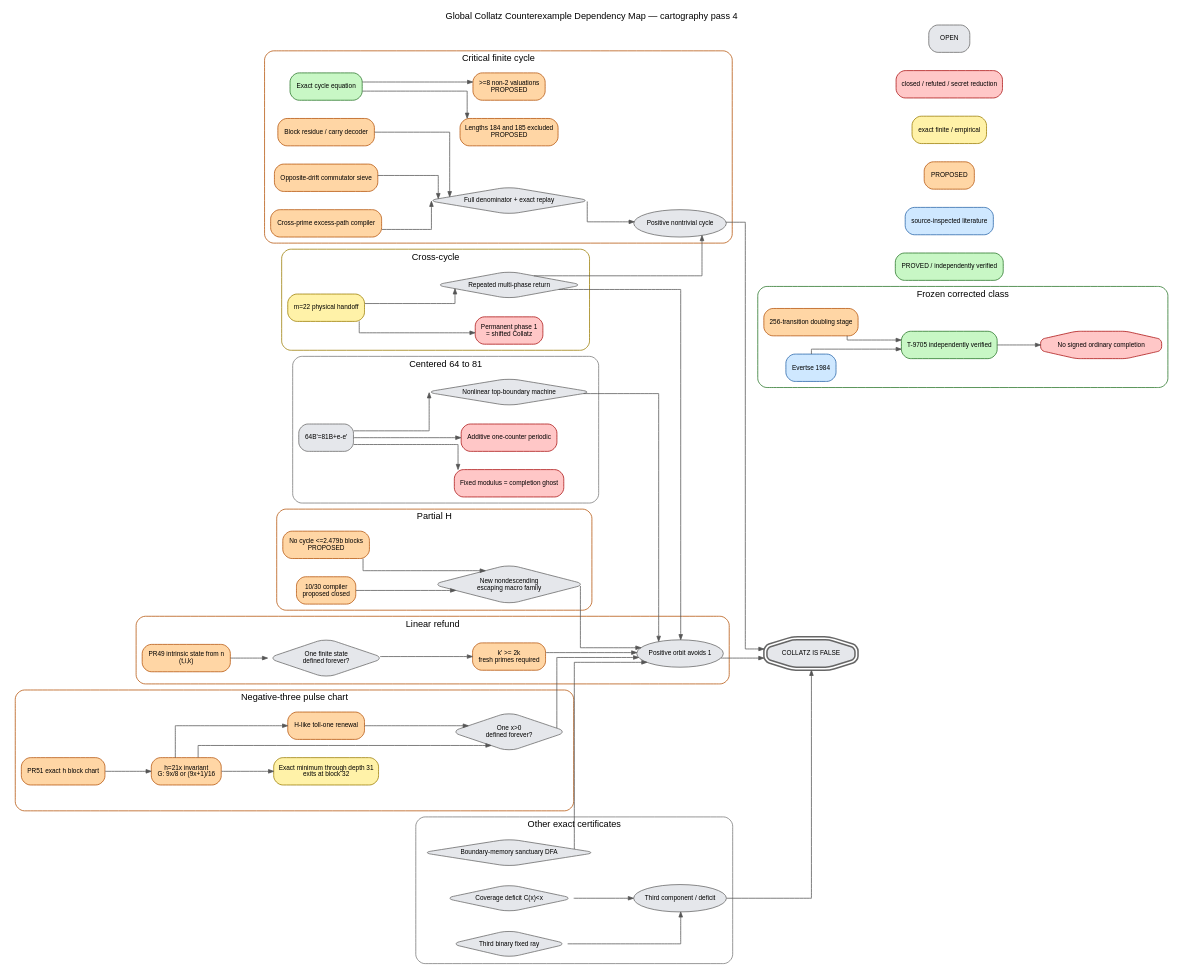
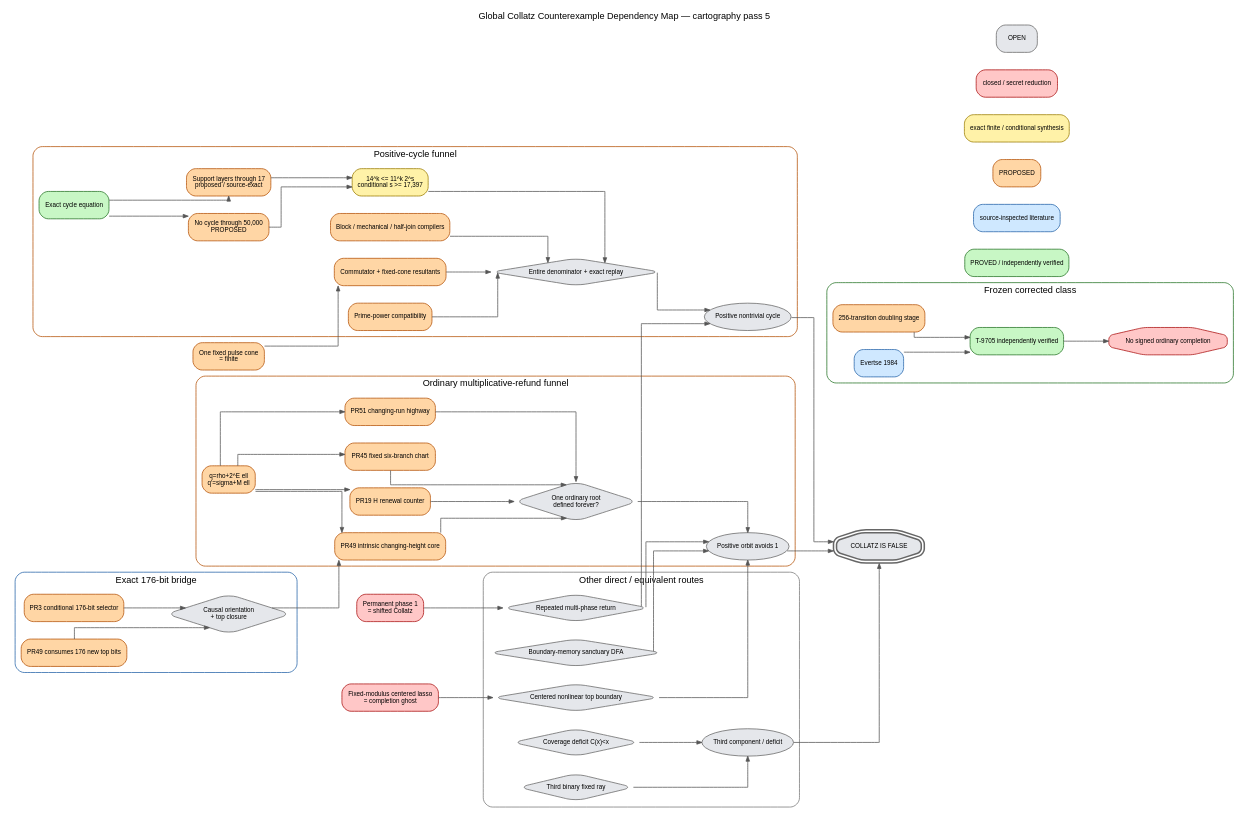
The diagram in docs/global-counterexample-map.dot (GettysburgResearch/collatz), drawn with Graphviz before and after one commit.

Commit message:
docs: redraw global Graphviz map for pass 5

```diff
--- a/docs/global-counterexample-map.dot
+++ b/docs/global-counterexample-map.dot
@@ -1,94 +1,79 @@
-digraph CollatzPass4 {
+digraph CollatzPass5 {
   graph [rankdir=LR, bgcolor="white", fontname="Arial", fontsize=12, labelloc="t",
-         label="Global Collatz Counterexample Dependency Map — cartography pass 4",
-         nodesep=0.33, ranksep=0.68, compound=true, splines=ortho];
-  node [shape=box, style="rounded,filled", fontname="Arial", fontsize=8.5,
+         label="Global Collatz Counterexample Dependency Map — cartography pass 5",
+         nodesep=0.32, ranksep=0.72, compound=true, splines=ortho];
+  node [shape=box, style="rounded,filled", fontname="Arial", fontsize=8.3,
         margin="0.11,0.06", color="#666666", fillcolor="#e5e7eb"];
-  edge [fontname="Arial", fontsize=7.5, color="#555555", arrowsize=0.68];
+  edge [fontname="Arial", fontsize=7.3, color="#555555", arrowsize=0.67];
 
   false [label="COLLATZ IS FALSE", shape=doubleoctagon, penwidth=2];
   cycle [label="Positive nontrivial cycle", shape=oval];
   div [label="Positive orbit avoids 1", shape=oval];
   third [label="Third component / deficit", shape=oval];
   cycle -> false; div -> false; third -> false;
 
   subgraph cluster_cycle {
-    label="Critical finite cycle"; color="#b45309"; style="rounded";
+    label="Positive-cycle funnel"; color="#b45309"; style="rounded";
     ceq [label="Exact cycle equation", fillcolor="#c8f7c5", color="#267326"];
-    front [label="Lengths 184 and 185 excluded\nPROPOSED", fillcolor="#ffd6a5", color="#b45309"];
-    support [label=">=8 non-2 valuations\nPROPOSED", fillcolor="#ffd6a5", color="#b45309"];
-    block [label="Block residue / carry decoder", fillcolor="#ffd6a5", color="#b45309"];
-    comm [label="Opposite-drift commutator sieve", fillcolor="#ffd6a5", color="#b45309"];
-    prime [label="Cross-prime excess-path compiler", fillcolor="#ffd6a5", color="#b45309"];
-    full [label="Full denominator + exact replay", shape=diamond];
-    ceq -> front; ceq -> support; block -> full; comm -> full; prime -> full; full -> cycle;
+    len [label="No cycle through 50,000\nPROPOSED", fillcolor="#ffd6a5", color="#b45309"];
+    support [label="Support layers through 17\nproposed / source-exact", fillcolor="#ffd6a5", color="#b45309"];
+    bridge [label="14^k <= 11^k 2^s\nconditional s >= 17,397", fillcolor="#fff2a8", color="#9a7b00"];
+    comp [label="Block / mechanical / half-join compilers", fillcolor="#ffd6a5", color="#b45309"];
+    cap [label="Commutator + fixed-cone resultants", fillcolor="#ffd6a5", color="#b45309"];
+    prime [label="Prime-power compatibility", fillcolor="#ffd6a5", color="#b45309"];
+    full [label="Entire denominator + exact replay", shape=diamond];
+    ceq -> len -> bridge; ceq -> support -> bridge;
+    comp -> full; cap -> full; prime -> full; bridge -> full -> cycle;
+  }
+
+  subgraph cluster_refund {
+    label="Ordinary multiplicative-refund funnel"; color="#b45309"; style="rounded";
+    common [label="q=rho+2^E ell\nq'=sigma+M ell", fillcolor="#ffd6a5", color="#b45309"];
+    six [label="PR45 fixed six-branch chart", fillcolor="#ffd6a5", color="#b45309"];
+    run [label="PR51 changing-run highway", fillcolor="#ffd6a5", color="#b45309"];
+    core [label="PR49 intrinsic changing-height core", fillcolor="#ffd6a5", color="#b45309"];
+    hctr [label="PR19 H renewal counter", fillcolor="#ffd6a5", color="#b45309"];
+    top [label="One ordinary root\ndefined forever?", shape=diamond];
+    common -> six -> top; common -> run -> top; common -> core -> top; common -> hctr -> top; top -> div;
+  }
+
+  subgraph cluster_selector {
+    label="Exact 176-bit bridge"; color="#2563a8"; style="rounded";
+    s176 [label="PR3 conditional 176-bit selector", fillcolor="#ffd6a5", color="#b45309"];
+    c176 [label="PR49 consumes 176 new top bits", fillcolor="#ffd6a5", color="#b45309"];
+    causal [label="Causal orientation\n+ top closure", shape=diamond];
+    s176 -> causal; c176 -> causal -> core;
   }
 
   subgraph cluster_frozen {
     label="Frozen corrected class"; color="#267326"; style="rounded";
     stage [label="256-transition doubling stage", fillcolor="#ffd6a5", color="#b45309"];
     ev [label="Evertse 1984", fillcolor="#cfe8ff", color="#2563a8"];
     t9705 [label="T-9705 independently verified", fillcolor="#c8f7c5", color="#267326"];
     closed [label="No signed ordinary completion", shape=octagon, fillcolor="#ffc7c7", color="#aa1111"];
     stage -> t9705 -> closed; ev -> t9705;
   }
 
-  subgraph cluster_refund {
-    label="Linear refund"; color="#b45309"; style="rounded";
-    comp [label="PR49 intrinsic state from n\n(t,i,k)", fillcolor="#ffd6a5", color="#b45309"];
-    defined [label="One finite state\ndefined forever?", shape=diamond];
-    grow [label="k' >= 2k\nfresh primes required", fillcolor="#ffd6a5", color="#b45309"];
-    comp -> defined -> grow -> div;
-  }
-
-  subgraph cluster_pulse {
-    label="Negative-three pulse chart"; color="#b45309"; style="rounded";
-    o8001 [label="PR51 exact h block chart", fillcolor="#ffd6a5", color="#b45309"];
-    g [label="h=21x invariant\nG: 9x/8 or (9x+1)/16", fillcolor="#ffd6a5", color="#b45309"];
-    gdef [label="One x>0\ndefined forever?", shape=diamond];
-    min31 [label="Exact minimum through depth 31\nexits at block 32", fillcolor="#fff2a8", color="#9a7b00"];
-    renew [label="H-like toll-one renewal", fillcolor="#ffd6a5", color="#b45309"];
-    o8001 -> g -> gdef -> div; g -> min31; g -> renew -> gdef;
-  }
-
-  subgraph cluster_center {
-    label="Centered 64 to 81"; color="#777777"; style="rounded";
-    zero [label="64B'=81B+e-e'"];
-    ghost [label="Fixed modulus = completion ghost", fillcolor="#ffc7c7", color="#aa1111"];
-    add [label="Additive one-counter periodic", fillcolor="#ffc7c7", color="#aa1111"];
-    top [label="Nonlinear top-boundary machine", shape=diamond];
-    zero -> ghost; zero -> add; zero -> top -> div;
-  }
-
-  subgraph cluster_cross {
-    label="Cross-cycle"; color="#9a7b00"; style="rounded";
-    cell [label="m=22 physical handoff", fillcolor="#fff2a8", color="#9a7b00"];
-    ph1 [label="Permanent phase 1\n= shifted Collatz", fillcolor="#ffc7c7", color="#aa1111"];
-    multi [label="Repeated multi-phase return", shape=diamond];
-    cell -> ph1; cell -> multi -> div; multi -> cycle;
-  }
-
-  subgraph cluster_h {
-    label="Partial H"; color="#b45309"; style="rounded";
-    hc [label="No cycle <=2.479b blocks\nPROPOSED", fillcolor="#ffd6a5", color="#b45309"];
-    old [label="10/30 compiler\nproposed closed", fillcolor="#ffd6a5", color="#b45309"];
-    hnew [label="New nondescending\nescaping macro family", shape=diamond];
-    hc -> hnew -> div; old -> hnew;
-  }
-
   subgraph cluster_other {
-    label="Other exact certificates"; color="#777777"; style="rounded";
+    label="Other direct / equivalent routes"; color="#777777"; style="rounded";
+    center [label="Centered nonlinear top boundary", shape=diamond];
+    cross [label="Repeated multi-phase return", shape=diamond];
     dfa [label="Boundary-memory sanctuary DFA", shape=diamond];
     cover [label="Coverage deficit C(x)<x", shape=diamond];
     cone [label="Third binary fixed ray", shape=diamond];
-    dfa -> div; cover -> third; cone -> third;
+    center -> div; cross -> div; cross -> cycle; dfa -> div; cover -> third; cone -> third;
   }
+
+  ghost [label="Fixed-modulus centered lasso\n= completion ghost", fillcolor="#ffc7c7", color="#aa1111"];
+  ph1 [label="Permanent phase 1\n= shifted Collatz", fillcolor="#ffc7c7", color="#aa1111"];
+  pulse [label="One fixed pulse cone\n= finite", fillcolor="#ffd6a5", color="#b45309"];
+  ghost -> center; ph1 -> cross; pulse -> cap;
 
   legend_p [label="PROVED / independently verified", fillcolor="#c8f7c5", color="#267326"];
   legend_l [label="source-inspected literature", fillcolor="#cfe8ff", color="#2563a8"];
   legend_o [label="PROPOSED", fillcolor="#ffd6a5", color="#b45309"];
-  legend_e [label="exact finite / empirical", fillcolor="#fff2a8", color="#9a7b00"];
-  legend_r [label="closed / refuted / secret reduction", fillcolor="#ffc7c7", color="#aa1111"];
+  legend_e [label="exact finite / conditional synthesis", fillcolor="#fff2a8", color="#9a7b00"];
+  legend_r [label="closed / secret reduction", fillcolor="#ffc7c7", color="#aa1111"];
   legend_q [label="OPEN", fillcolor="#e5e7eb", color="#666666"];
   {rank=sink; legend_p; legend_l; legend_o; legend_e; legend_r; legend_q;}
 }
```
